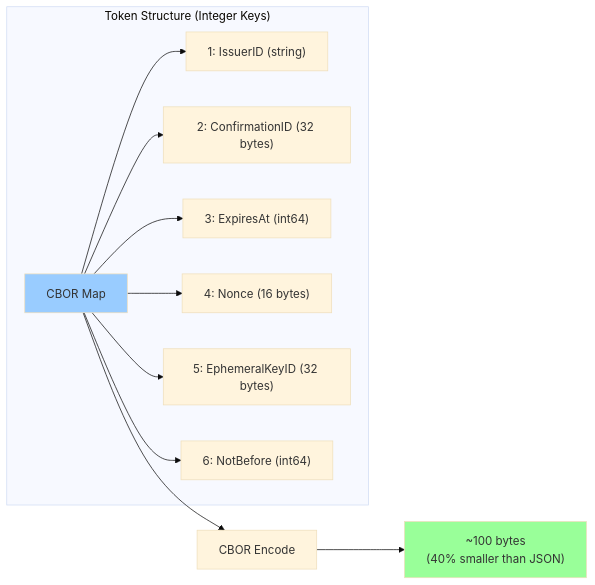
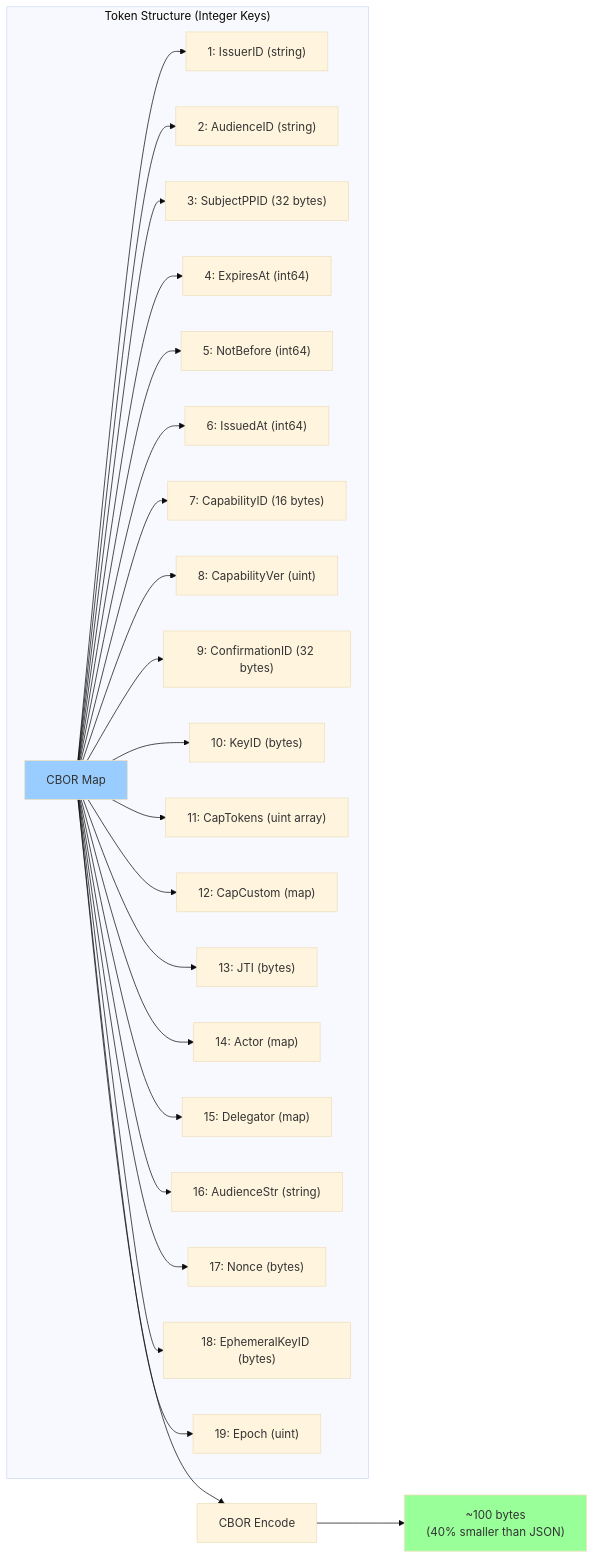
Before and after one commit to agentic-research/signet: the diagram in pkg/signet/README.md, drawn with Mermaid (base theme). The commit also changed other lines of this file, not shown here.

Commit message:
[signet-5ed607] docs: align token README with wire contract (#142)

````diff
--- a/pkg/signet/README.md
+++ b/pkg/signet/README.md
@@ -13,18 +13,31 @@
 ```mermaid
 graph LR
     subgraph "Token Structure (Integer Keys)"
         Token[CBOR Map]
         Token --> K1["1: IssuerID (string)"]
-        Token --> K2["2: ConfirmationID (32 bytes)"]
-        Token --> K3["3: ExpiresAt (int64)"]
-        Token --> K4["4: Nonce (16 bytes)"]
-        Token --> K5["5: EphemeralKeyID (32 bytes)"]
-        Token --> K6["6: NotBefore (int64)"]
+        Token --> K2["2: AudienceID (string)"]
+        Token --> K3["3: SubjectPPID (32 bytes)"]
+        Token --> K4["4: ExpiresAt (int64)"]
+        Token --> K5["5: NotBefore (int64)"]
+        Token --> K6["6: IssuedAt (int64)"]
+        Token --> K7["7: CapabilityID (16 bytes)"]
+        Token --> K8["8: CapabilityVer (uint)"]
+        Token --> K9["9: ConfirmationID (32 bytes)"]
+        Token --> K10["10: KeyID (bytes)"]
+        Token --> K11["11: CapTokens (uint array)"]
+        Token --> K12["12: CapCustom (map)"]
+        Token --> K13["13: JTI (bytes)"]
+        Token --> K14["14: Actor (map)"]
+        Token --> K15["15: Delegator (map)"]
+        Token --> K16["16: AudienceStr (string)"]
+        Token --> K17["17: Nonce (bytes)"]
+        Token --> K18["18: EphemeralKeyID (bytes)"]
+        Token --> K19["19: Epoch (uint)"]
     end
 
     Token --> Encode[CBOR Encode]
     Encode --> Compact["~100 bytes<br/>(40% smaller than JSON)"]
 
     style Token fill:#99ccff
     style Compact fill:#99ff99
 ```
````
